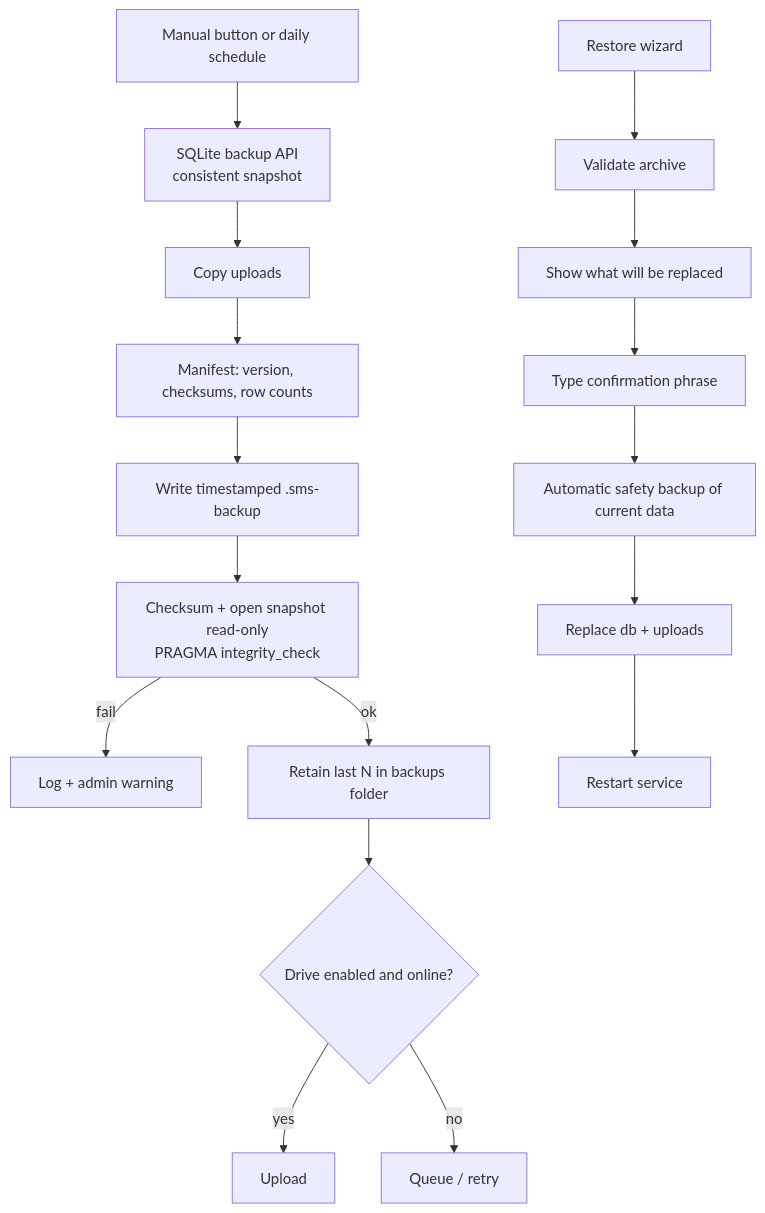
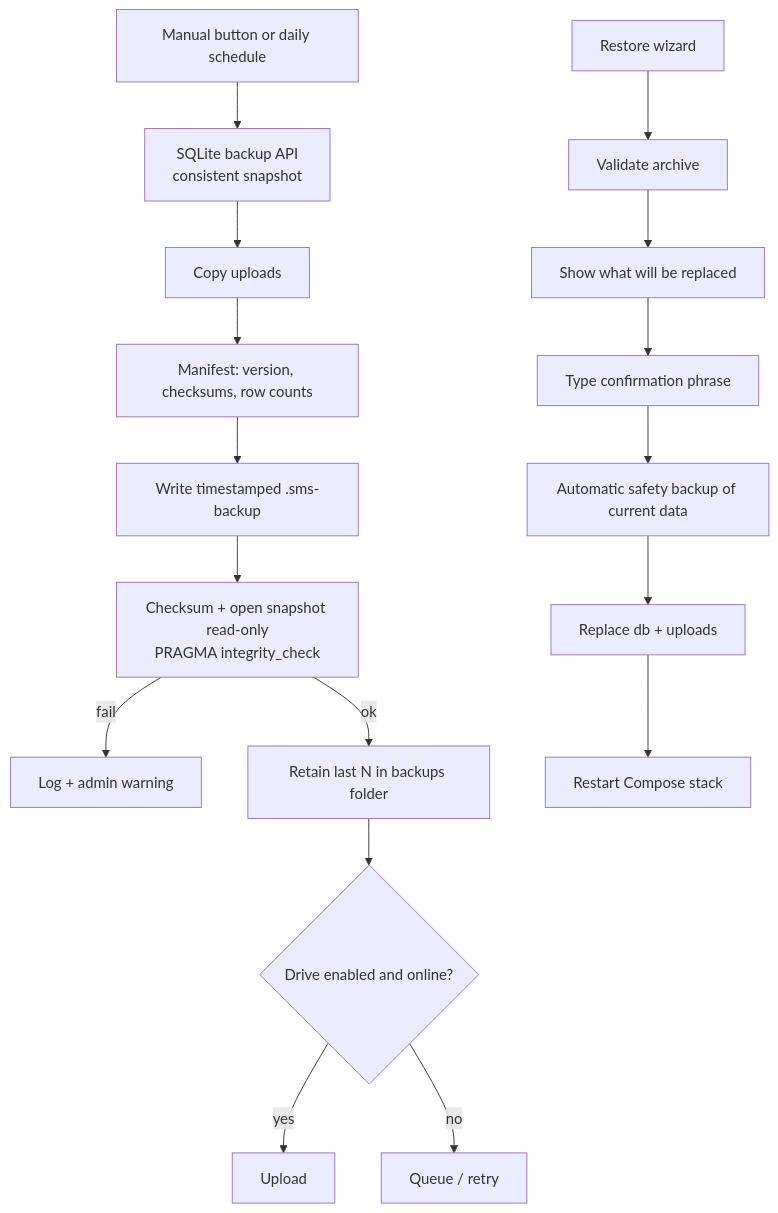
One commit to arrey-johnson/school-management-system changed the fifth of 5 diagrams in docs/ARCHITECTURE.md. Above: the diagram before and after it, drawn with Mermaid. The commit also changed other lines of this file and 9 other files, not shown here.

````diff
--- a/docs/ARCHITECTURE.md
+++ b/docs/ARCHITECTURE.md
@@ -133,20 +144,20 @@
 ```mermaid
 flowchart TD
   T[Manual button or daily schedule] --> Snap[SQLite backup API\nconsistent snapshot]
   Snap --> Files[Copy uploads]
   Files --> Man[Manifest: version, checksums, row counts]
   Man --> Arch["Write timestamped .sms-backup"]
   Arch --> Val[Checksum + open snapshot read-only\nPRAGMA integrity_check]
   Val -->|fail| Alert[Log + admin warning]
   Val -->|ok| Keep[Retain last N in backups folder]
   Keep --> Drive{Drive enabled and online?}
   Drive -->|yes| Up[Upload]
   Drive -->|no| Q[Queue / retry]
 
   R[Restore wizard] --> V2[Validate archive]
   V2 --> Preview[Show what will be replaced]
   Preview --> Type[Type confirmation phrase]
   Type --> Safety[Automatic safety backup of current data]
   Safety --> Swap[Replace db + uploads]
-  Swap --> Restart[Restart service]
+  Swap --> Restart[Restart Compose stack]
 ```
````
